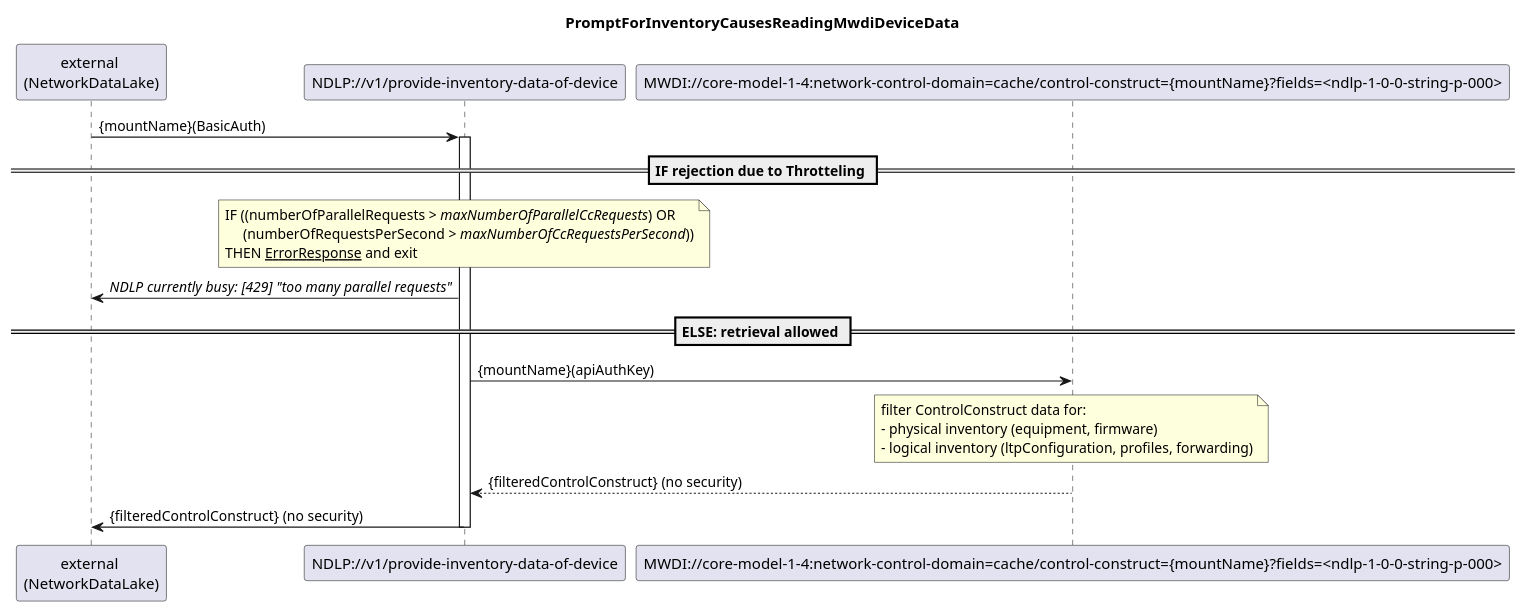
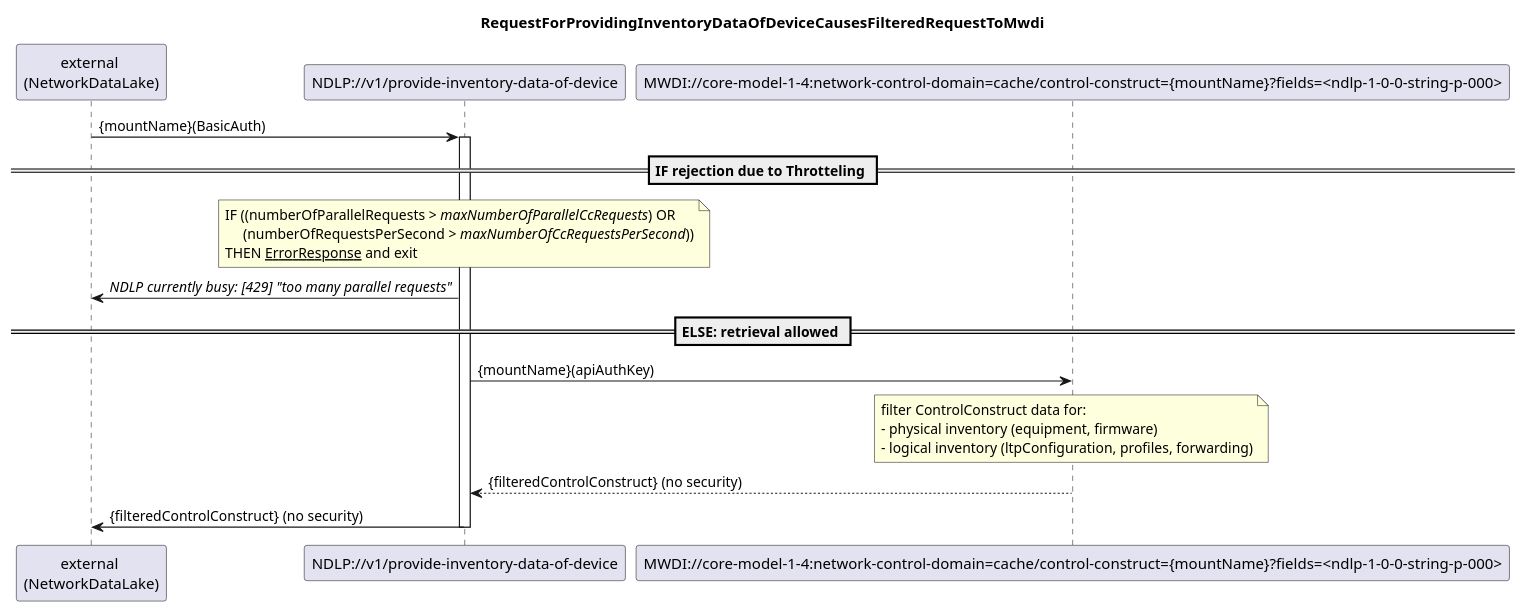
One commit to openBackhaul/NetworkDataLakeProxy changed the diagram in spec/diagrams/011_ProvideInventoryDataOfDevice.plantuml. Above: the diagram before and after it, drawn with PlantUML. The commit also changed 5 other files, not shown here.

```diff
--- a/spec/diagrams/011_ProvideInventoryDataOfDevice.plantuml
+++ b/spec/diagrams/011_ProvideInventoryDataOfDevice.plantuml
@@ -1,34 +1,34 @@
 @startuml 011_ProvideInventoryDataOfDevice
 skinparam responseMessageBelowArrow true
 
-title PromptForInventoryCausesReadingMwdiDeviceData
+title RequestForProvidingInventoryDataOfDeviceCausesFilteredRequestToMwdi
 
 participant "external \n(NetworkDataLake)" as external
 participant "NDLP://v1/provide-inventory-data-of-device" as ndlp
 participant "MWDI://core-model-1-4:network-control-domain=cache/control-construct={mountName}?fields=<ndlp-1-0-0-string-p-000>" as mwdi
 
 external -> ndlp: {mountName}(BasicAuth)
 activate ndlp
 
 == IF rejection due to Throtteling ==
 note over ndlp
   IF ((numberOfParallelRequests > <i>maxNumberOfParallelCcRequests</i>) OR
        (numberOfRequestsPerSecond > <i>maxNumberOfCcRequestsPerSecond</i>))
   THEN <u>ErrorResponse</u> and exit
 end note
 ndlp -> external: <i>NDLP currently busy: [429] "too many parallel requests"</i>
 
 
 == ELSE: retrieval allowed ==
 ndlp -> mwdi: {mountName}(apiAuthKey)
 note over mwdi
   filter ControlConstruct data for:
   - physical inventory (equipment, firmware)
   - logical inventory (ltpConfiguration, profiles, forwarding)
 end note
 mwdi --> ndlp: {filteredControlConstruct} (no security)
 
 ndlp -> external: {filteredControlConstruct} (no security)
 
 deactivate ndlp
 @enduml
```
